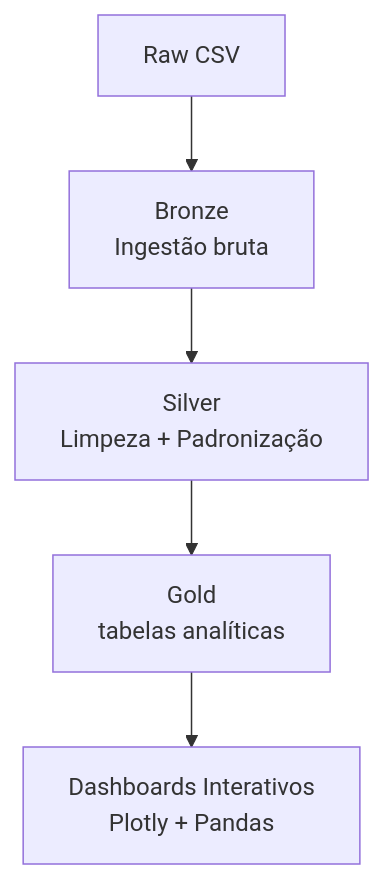
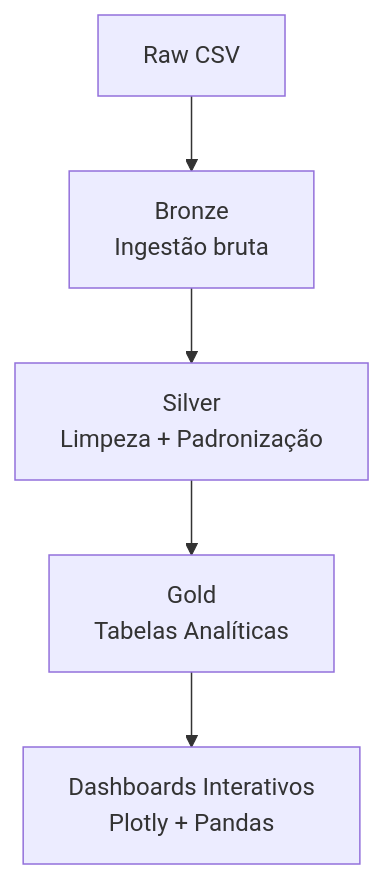
The diagram in README.md (ildevdio/VitaSphere), drawn with Mermaid before and after one commit. The commit also changed other lines of this file, not shown here.

````diff
--- a/README.md
+++ b/README.md
@@ -49,7 +52,8 @@
 ```mermaid
 graph TD
     A[Raw CSV] --> B[Bronze<br>Ingestão bruta]
     B --> C[Silver<br>Limpeza + Padronização]
-    C --> D[Gold<br>tabelas analíticas]
+    C --> D[Gold<br>Tabelas Analíticas]
     D --> E[Dashboards Interativos<br>Plotly + Pandas]
+
 ```
````
